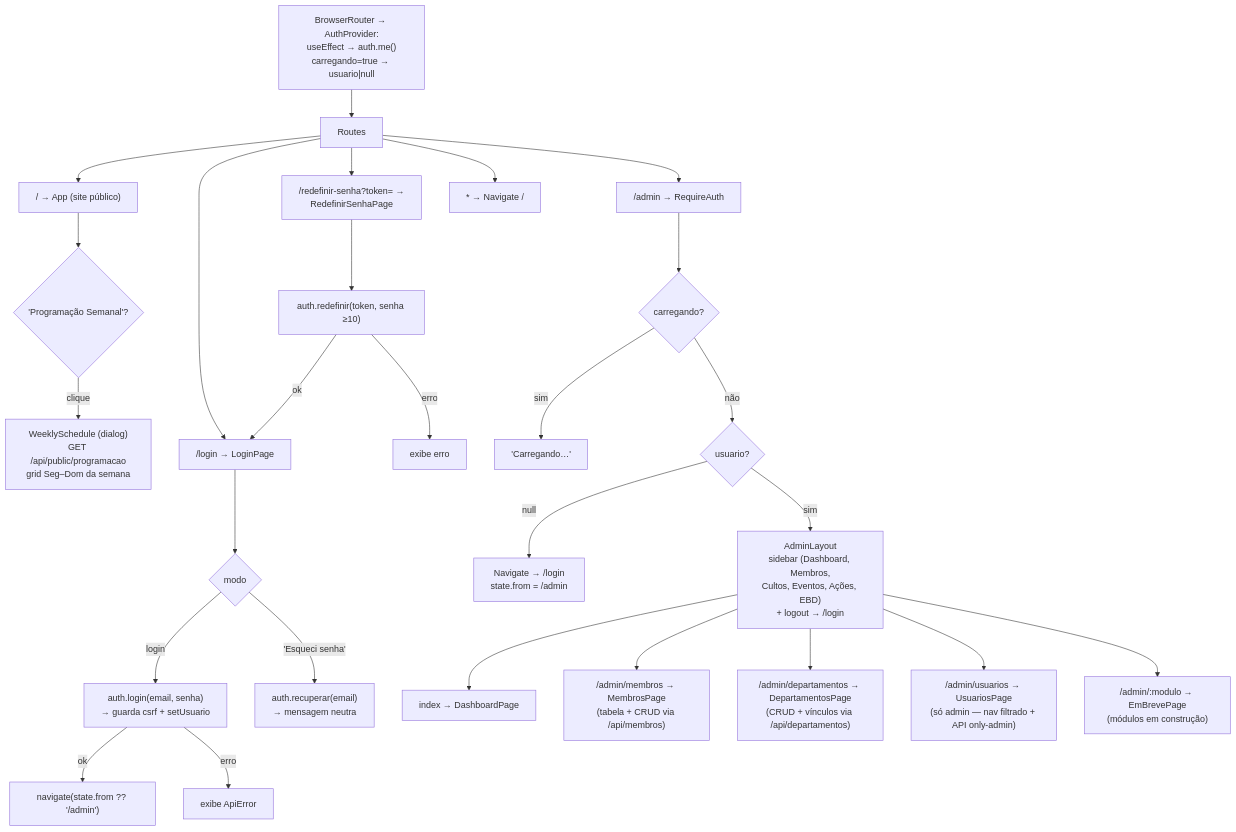
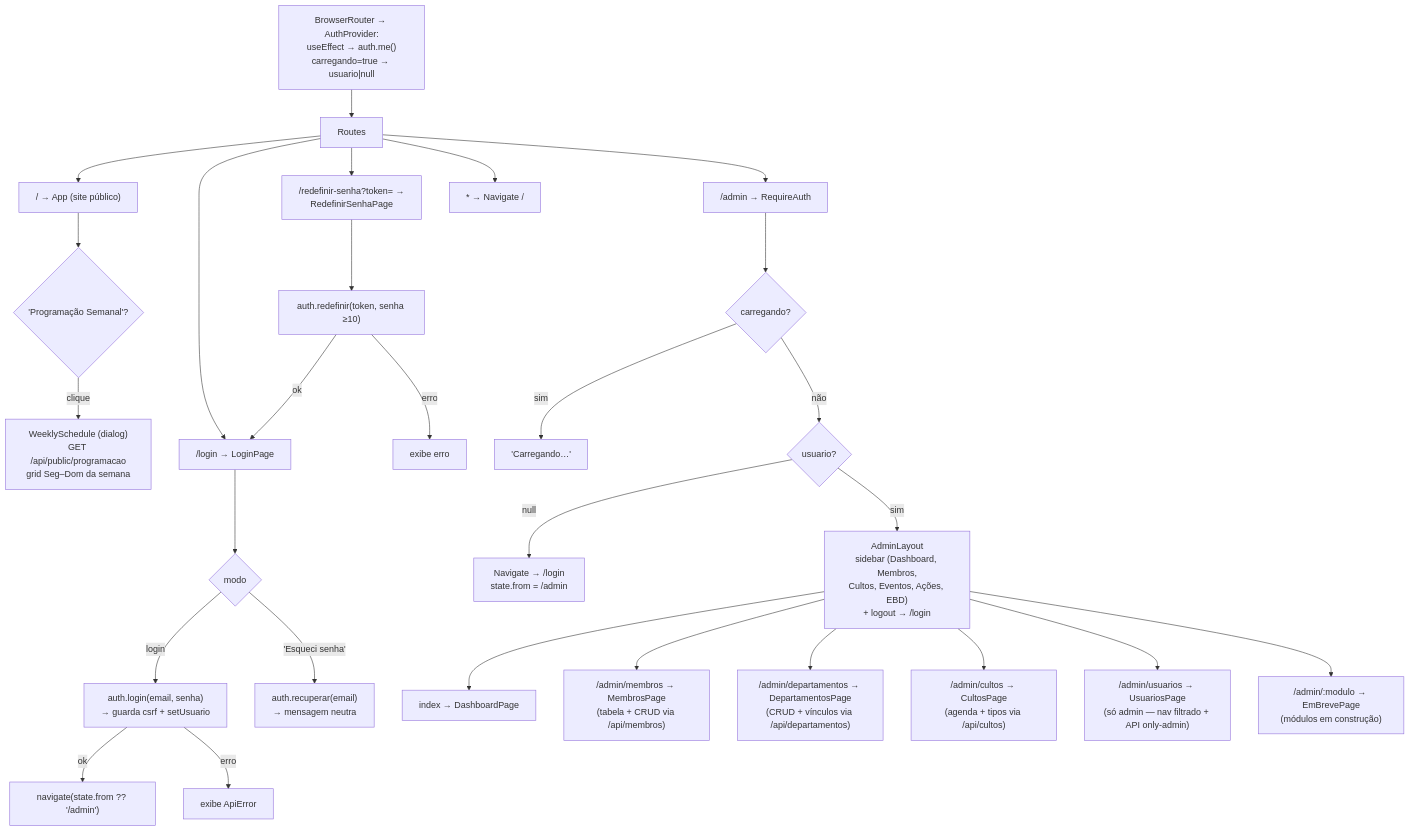
One commit to adab-218/siteadab changed the diagram in dev/docs/diagramas/navegacao-app.mmd. Above: the diagram before and after it, drawn with Mermaid. The commit also changed 12 other files, not shown here.

First line of the commit message:
feat: M3 Cultos — agenda + tipos + totais + seed 0008 (D11/D12)

```diff
--- a/dev/docs/diagramas/navegacao-app.mmd
+++ b/dev/docs/diagramas/navegacao-app.mmd
@@ -1,35 +1,36 @@
 %% Navegação e guards do frontend — revisado em 2026-10-21
 %% Fonte: src/main.tsx, src/routes/RequireAuth.tsx,
 %%        src/lib/auth-context.tsx, src/App.tsx
 flowchart TD
     BOOT["BrowserRouter → AuthProvider:<br/>useEffect → auth.me()<br/>carregando=true → usuario|null"] --> RT["Routes"]
 
     RT --> HOME["/ → App (site público)"]
     HOME --> SCHED{"'Programação Semanal'?"}
     SCHED -- clique --> WS["WeeklySchedule (dialog)<br/>GET /api/public/programacao<br/>grid Seg–Dom da semana"]
 
     RT --> LOGIN["/login → LoginPage"]
     LOGIN --> LFORM{"modo"}
     LFORM -- login --> LPOST["auth.login(email, senha)<br/>→ guarda csrf + setUsuario"]
     LPOST -- ok --> NAV["navigate(state.from ?? '/admin')"]
     LPOST -- erro --> LERR["exibe ApiError"]
     LFORM -- 'Esqueci senha' --> REC["auth.recuperar(email)<br/>→ mensagem neutra"]
 
     RT --> RESET["/redefinir-senha?token= →<br/>RedefinirSenhaPage"]
     RESET --> RS["auth.redefinir(token, senha ≥10)"]
     RS -- ok --> LOGIN
     RS -- erro --> RERR["exibe erro"]
 
     RT --> ADMIN["/admin → RequireAuth"]
     ADMIN --> GUARD{"carregando?"}
     GUARD -- sim --> SPIN["'Carregando…'"]
     GUARD -- não --> HAS{"usuario?"}
     HAS -- null --> REDIR["Navigate → /login<br/>state.from = /admin"]
     HAS -- sim --> LAYOUT["AdminLayout<br/>sidebar (Dashboard, Membros,<br/>Cultos, Eventos, Ações, EBD)<br/>+ logout → /login"]
     LAYOUT --> IDX["index → DashboardPage"]
     LAYOUT --> MB["/admin/membros → MembrosPage<br/>(tabela + CRUD via /api/membros)"]
     LAYOUT --> DP["/admin/departamentos → DepartamentosPage<br/>(CRUD + vínculos via /api/departamentos)"]
+    LAYOUT --> CU["/admin/cultos → CultosPage<br/>(agenda + tipos via /api/cultos)"]
     LAYOUT --> US["/admin/usuarios → UsuariosPage<br/>(só admin — nav filtrado + API only-admin)"]
     LAYOUT --> MOD["/admin/:modulo → EmBrevePage<br/>(módulos em construção)"]
 
     RT --> FALL["* → Navigate /"]
```
